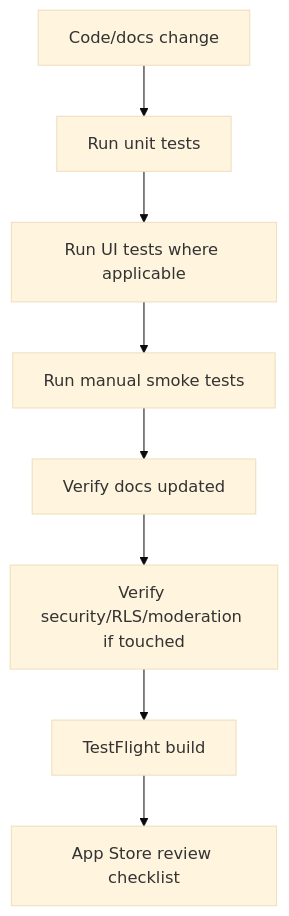
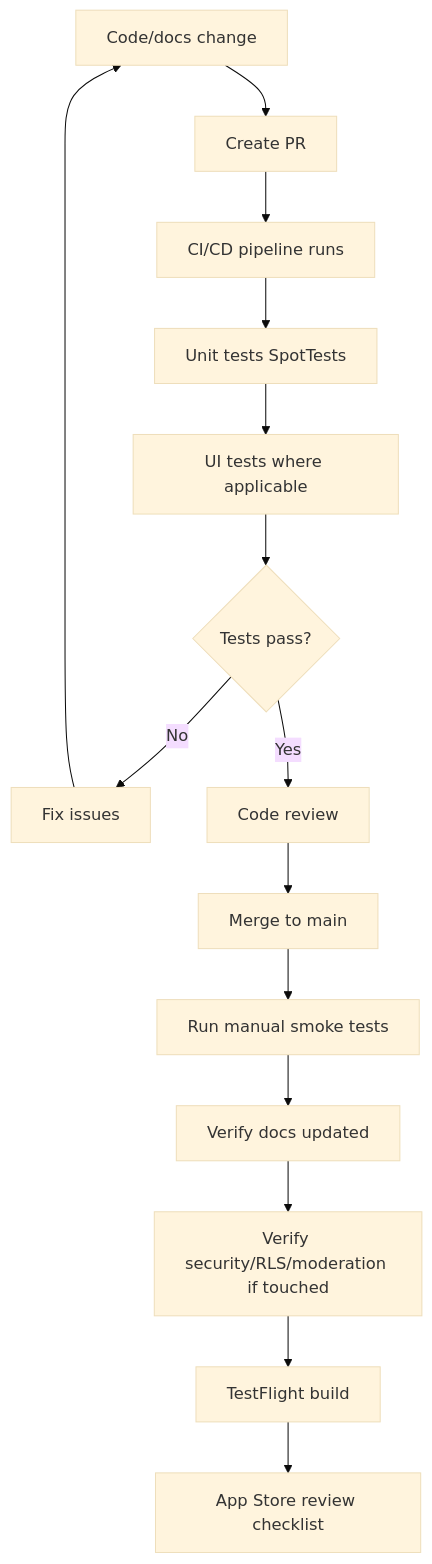
The diagram in docs/diagrams/testing-release-flow.md (Ewynman/spot-ios-app), drawn with Mermaid (base theme) before and after one commit. The commit also changed other lines of this file and 4 other files, not shown here.

````diff
--- a/docs/diagrams/testing-release-flow.md
+++ b/docs/diagrams/testing-release-flow.md
@@ -17,10 +17,17 @@
 ```mermaid
 flowchart TD
-  A[Code/docs change] --> B[Run unit tests]
-  B --> C[Run UI tests where applicable]
-  C --> D[Run manual smoke tests]
-  D --> E[Verify docs updated]
-  E --> F[Verify security/RLS/moderation if touched]
-  F --> G[TestFlight build]
-  G --> H[App Store review checklist]
+  A[Code/docs change] --> B[Create PR]
+  B --> C[CI/CD pipeline runs]
+  C --> D[Unit tests SpotTests]
+  D --> E[UI tests where applicable]
+  E --> F{Tests pass?}
+  F -->|No| G[Fix issues]
+  G --> A
+  F -->|Yes| H[Code review]
+  H --> I[Merge to main]
+  I --> J[Run manual smoke tests]
+  J --> K[Verify docs updated]
+  K --> L[Verify security/RLS/moderation if touched]
+  L --> M[TestFlight build]
+  M --> N[App Store review checklist]
 ```
````
